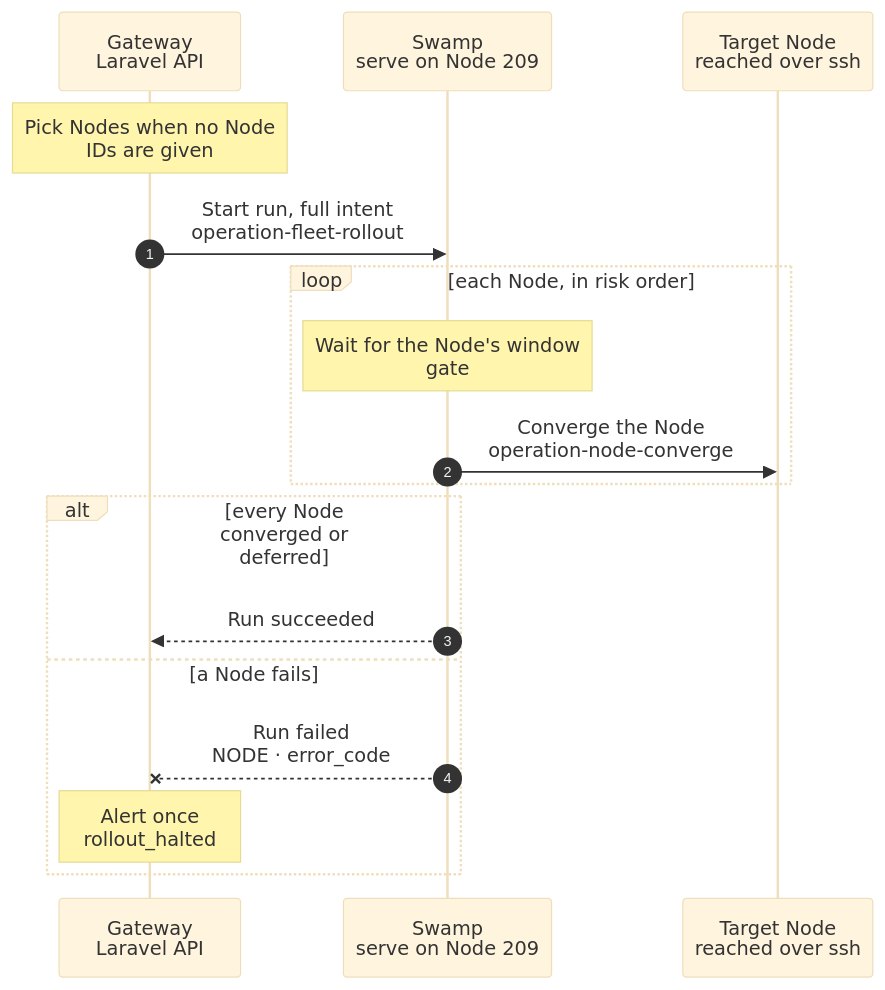
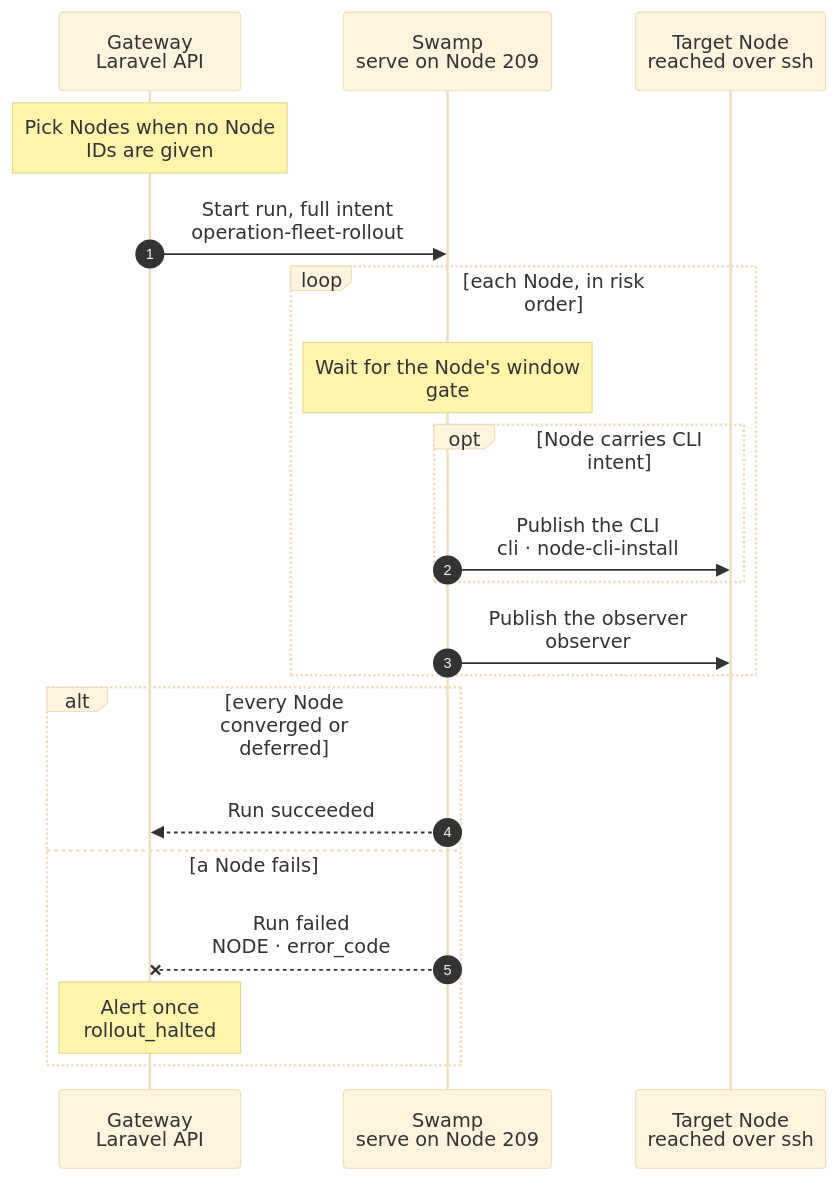
One commit to hardimpactdev/orbit changed the diagram in docs/cli/fleet/rollout.mmd. Above: the diagram before and after it, drawn with Mermaid (base theme). The commit also changed 28 other files, not shown here.

First line of the commit message:
Keep the packaged Node CLI only on CI runners (#3332)

```diff
--- a/docs/cli/fleet/rollout.mmd
+++ b/docs/cli/fleet/rollout.mmd
@@ -1,55 +1,61 @@
 sequenceDiagram
   %% Target design: fleet maintenance redesign 2026-11-03 (each Node visit runs node:converge); R3c: no rollout records, Swamp run history is the record. docs/reference/gateway-recovery.md#fleet-rollout.
   %% status: draft
   %% command: orbit fleet:rollout
   %% kind: fleet.rollout
   autonumber
   %% lane GW icon=gateway pill=intent tone=blue
   %% lane SW icon=workflow pill=executes tone=green
   %% lane N icon=server pill=target tone=amber
   participant GW as Gateway<br/>Laravel API
   participant SW as Swamp<br/>serve on Node 209
   participant N as Target Node<br/>reached over ssh
   Note over GW: Pick Nodes when no Node<br/>IDs are given
   %%> When:
   %%> - when the Gateway records a release `verified`: it queues one admission
   %%> - once a day at 03:05 Europe/Amsterdam, when the window of the other Nodes opens; the schedule only queues the admission
   %%> - when an operator runs `orbit fleet:rollout`
   %%> - always while `ORBIT_FLEET_ROLLOUT=true`, and only for a commit whose Gateway release is verified
   %%> Decided by the orchestrator, for Nick's review:
   %%> - the verified release admits the rollout, as `gateway:release:deploy` says; the deleted `fleet-maintenance` schedule did it each minute until 2026-11-06
   %%> - most releases land outside the window, so a daily pass at window open visits the Nodes they deferred
-  %%> - the admission waits a minute at a time while CI has not published the commit's CLI release yet, or another rollout runs
+  %%> - the admission waits while another rollout runs; Nodes without CLI intent need no CLI release
+  %%> - a Node with CLI intent waits for its CLI release; the admission keeps its one-minute retry after admitting other Nodes
   %%> Picks:
   %%> - a Node whose last visit for this commit did not converge it, a drifted Node, or a Node not visited yet
   %%> - at most once per 5 minutes per Node; the last visit is read from earlier rollout results
   %%> - no Node after a failed Node that still waits its 5 minutes
   %%> - in risk order: `app-dev`, then `ci-runner` `metrics` `analytics`, then `database` `websocket` `vpn` `router`, then `app-prod` `ingress`
   GW->>SW: Start run, full intent<br/>operation-fleet-rollout
   %%> Input:
-  %%> - the commit, the CLI release, the agent pin and each picked Node
+  %%> - the commit, the agent pin and each picked Node; CLI intent only for Nodes that require it
   %%> Requirements:
   %%> - no other rollout is running
   loop each Node, in risk order
     Note over SW: Wait for the Node's window<br/>gate
     %%> Why:
     %%> - `app-dev`-only Nodes go at any hour; others only 03:00–06:00 Europe/Amsterdam
     %%> - a closed window defers the Node to a later pass; it is not a failure
-    SW->>N: Converge the Node<br/>operation-node-converge
-    %%> Why the same workflow:
-    %%> - one way to bring a Node to the release
-    %%> - a failed Tool does not fail the Node; Doctor shows it
+    opt Node carries CLI intent
+      SW->>N: Publish the CLI<br/>cli · node-cli-install
+      %%> What it does:
+      %%> - the Gateway uses the shared CLI eligibility rule; failed publication stops this Node
+    end
+    SW->>N: Publish the observer<br/>observer
+    %%> What it does:
+    %%> - a Node without CLI intent skips the CLI child and publishes its observer independently
+    %%> - the running digest and active unit prove the pinned observer
   end
   alt every Node converged or deferred
     SW-->>GW: Run succeeded
     %%> Result:
     %%> - the Operation result lists each Node's outcome; the next pass reads it
   else a Node fails
     SW--xGW: Run failed<br/>NODE · error_code
     %%> Why stop:
     %%> - later Nodes are not visited, so one bad release breaks at most one Node
     Note over GW: Alert once<br/>rollout_halted
     %%> Retry:
     %%> - fix the cause; the next pass (a verified release, the daily window pass or an operator) starts again at this Node
     %%> - retries raise no new alert for the same Node, commit and error
   end
```
